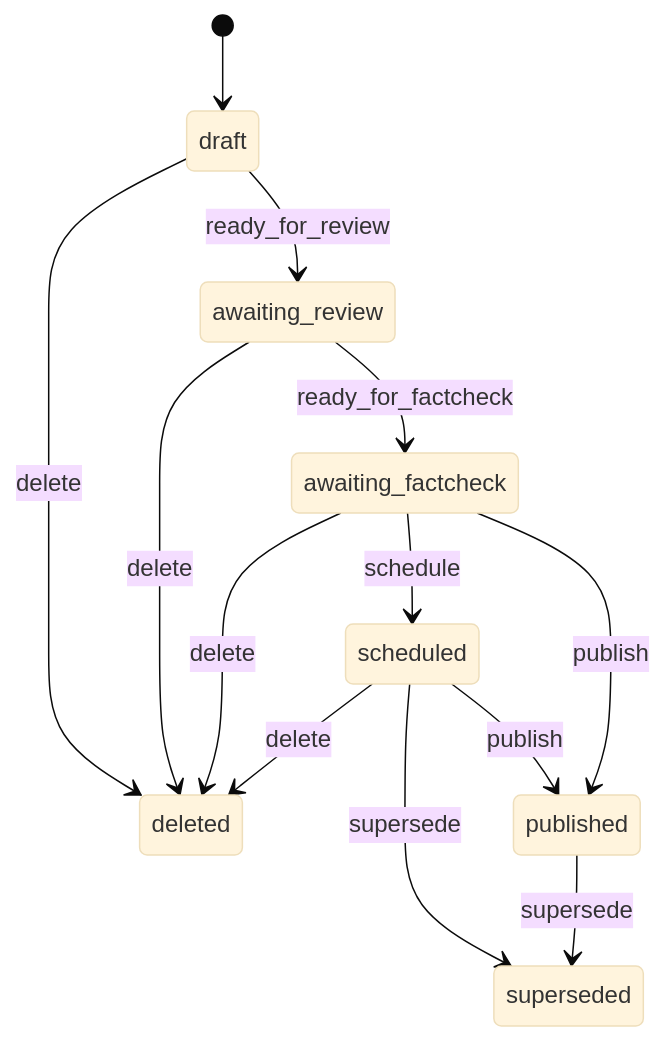
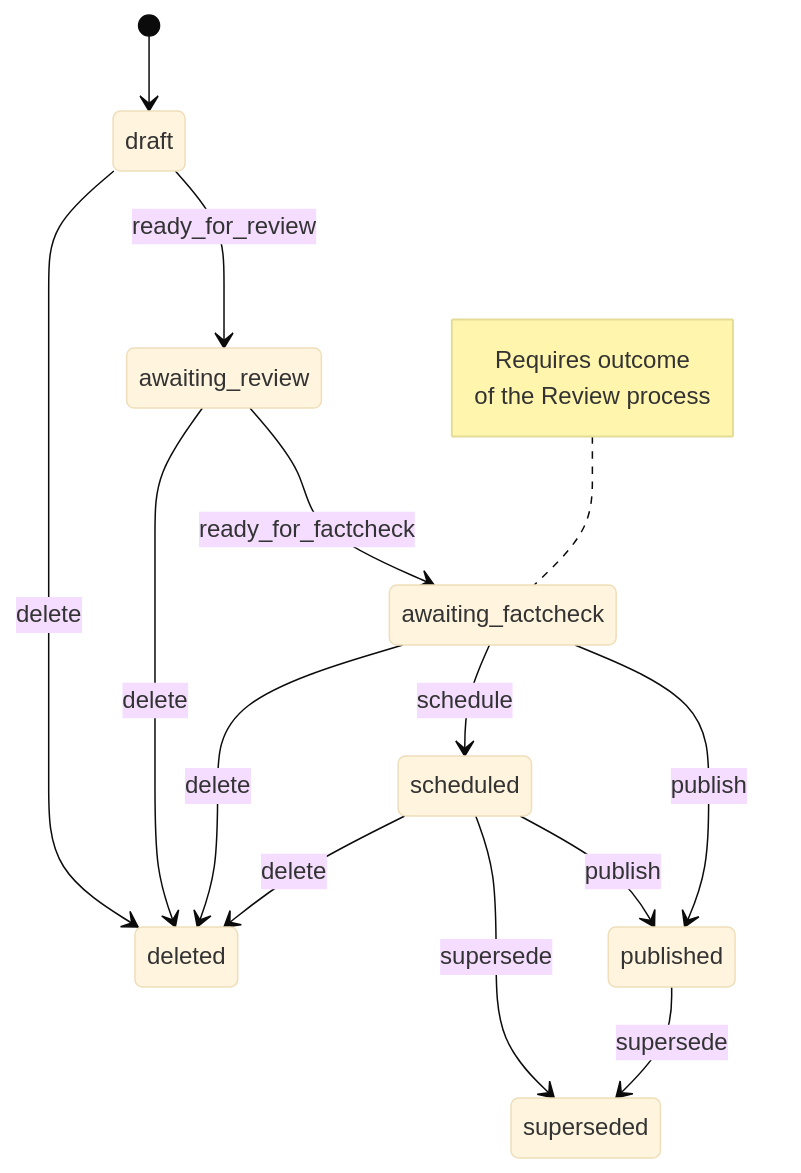
One commit to alphagov/content-block-manager changed the diagram in docs/edition_states.md. Above: the diagram before and after it, drawn with Mermaid (base theme).

Commit message:
Add note to state diagram
To make it clear that transition to 'awaiting_factcheck' is
dependent on providing the outcome of the Review process.

````diff
--- a/docs/edition_states.md
+++ b/docs/edition_states.md
@@ -5,19 +5,22 @@
 ```mermaid
 stateDiagram-v2
     [*] --> draft
 
     draft --> deleted: delete
     awaiting_review --> deleted: delete
     awaiting_factcheck --> deleted: delete
     scheduled --> deleted: delete
 
     draft --> awaiting_review: ready_for_review
     awaiting_review --> awaiting_factcheck: ready_for_factcheck
+    note left of awaiting_factcheck
+        Requires outcome<br>of the Review process
+    end note
     awaiting_factcheck --> scheduled: schedule
 
     scheduled --> superseded: supersede
     published --> superseded: supersede
 
     scheduled --> published: publish
     awaiting_factcheck --> published: publish
 ```
````
